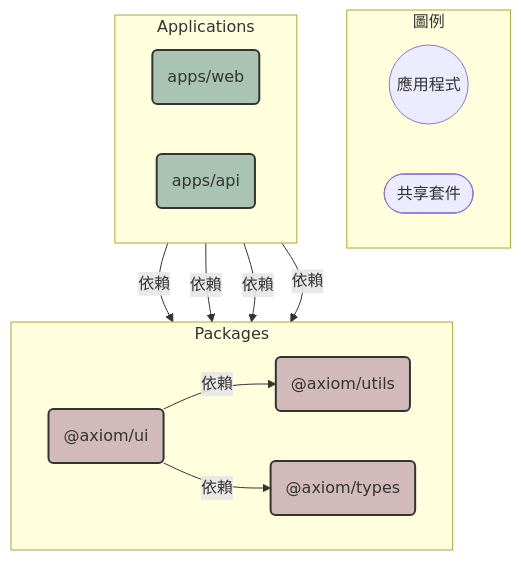
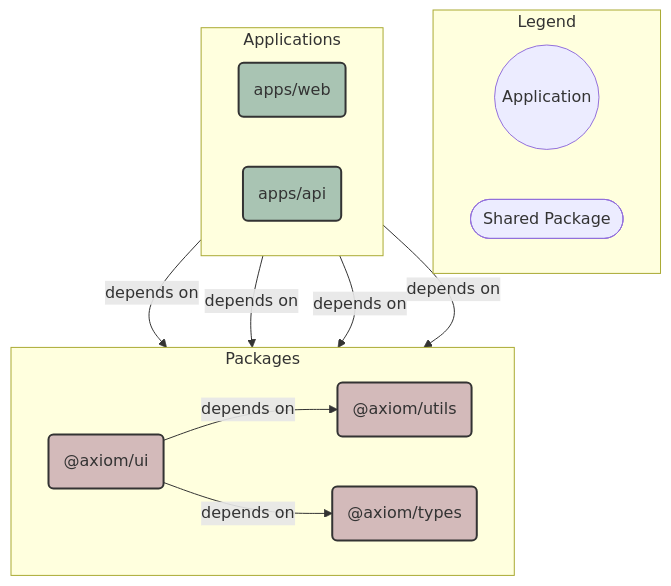
Before and after one commit to zmax/web-development-scaffold: the diagram in README.md, drawn with Mermaid. The commit also changed other lines of this file, not shown here.

````diff
--- a/README.md
+++ b/README.md
@@ -52,34 +52,34 @@
 ```mermaid
 graph TD
-    subgraph legend [圖例]
+    subgraph legend [Legend]
         direction LR
-        app((應用程式))
-        pkg([共享套件])
+        app((Application))
+        pkg([Shared Package])
     end
 
     subgraph Applications
         direction LR
         A1("apps/web"):::app
         A2("apps/api"):::app
     end
 
     subgraph Packages
         direction LR
         P1("@axiom/ui"):::pkg
         P2("@axiom/utils"):::pkg
         P3("@axiom/types"):::pkg
     end
 
-    A1 -- "依賴" --> P1
-    A1 -- "依賴" --> P2
-    A1 -- "依賴" --> P3
+    A1 -- "depends on" --> P1
+    A1 -- "depends on" --> P2
+    A1 -- "depends on" --> P3
 
-    A2 -- "依賴" --> P3
+    A2 -- "depends on" --> P3
 
-    P1 -- "依賴" --> P2
-    P1 -- "依賴" --> P3
+    P1 -- "depends on" --> P2
+    P1 -- "depends on" --> P3
 
-    %% 定義節點樣式：選用低飽和度的莫蘭迪色系，並確保文字顏色 #333 以維持對比度
+    %% Define node styles: use low-saturation muted colors with #333 text for contrast
     classDef app fill:#a9c4b3,stroke:#333,stroke-width:2px,color:#333;
     classDef pkg fill:#d3baba,stroke:#333,stroke-width:2px,color:#333;
 ```
````
